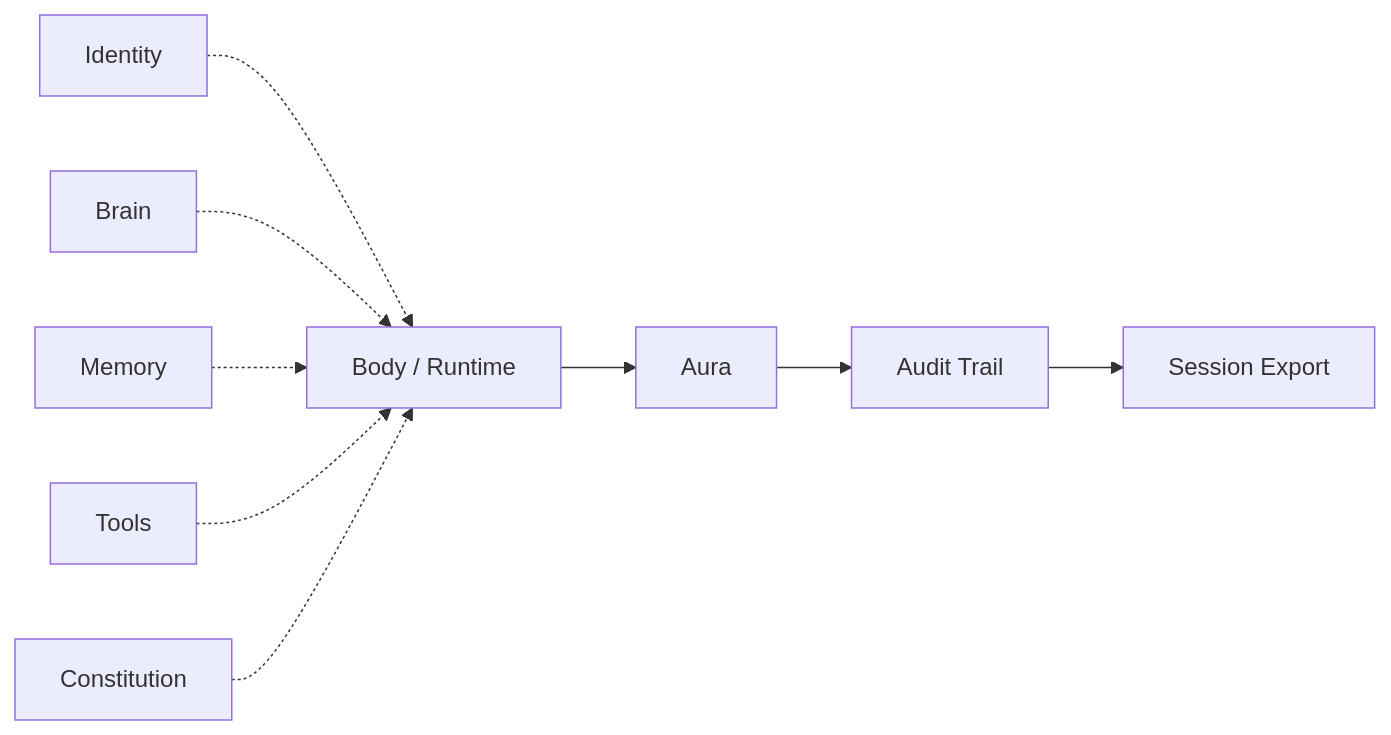
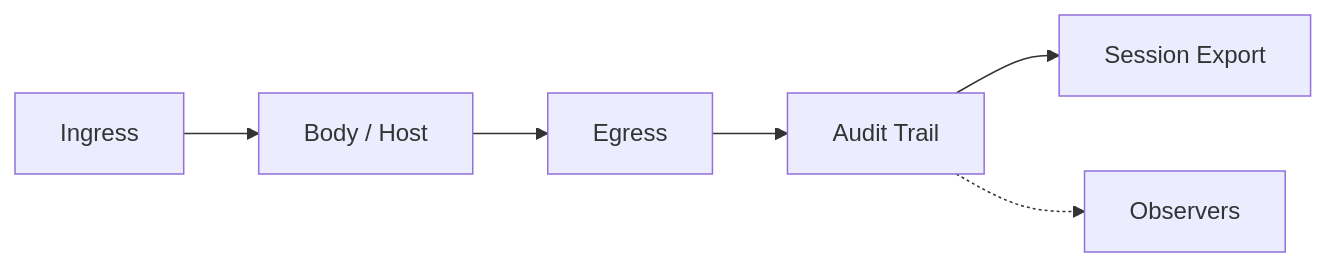
One commit to ARPAHLS/aura changed the diagram in docs/architecture.md. Above: the diagram before and after it, drawn with Mermaid. The commit also changed other lines of this file and 34 other files, not shown here.

First line of the commit message:
Release v0.2.0: membrane, sequencer, Skillware host, and observers.

````diff
--- a/docs/architecture.md
+++ b/docs/architecture.md
@@ -11,12 +13,8 @@
 ```mermaid
 flowchart LR
-    ID["Identity"] -.-> BODY["Body / Runtime"]
-    BRAIN["Brain"] -.-> BODY
-    MEM["Memory"] -.-> BODY
-    TOOLS["Tools"] -.-> BODY
-    CONST["Constitution"] -.-> BODY
-
-    BODY --> AURA["Aura"]
-    AURA --> TRAIL["Audit Trail"]
+    IN["Ingress"] --> BODY["Body / Host"]
+    BODY --> EG["Egress"]
+    EG --> TRAIL["Audit Trail"]
     TRAIL --> EXPORT["Session Export"]
+    TRAIL -.-> OBS["Observers"]
 ```
````
